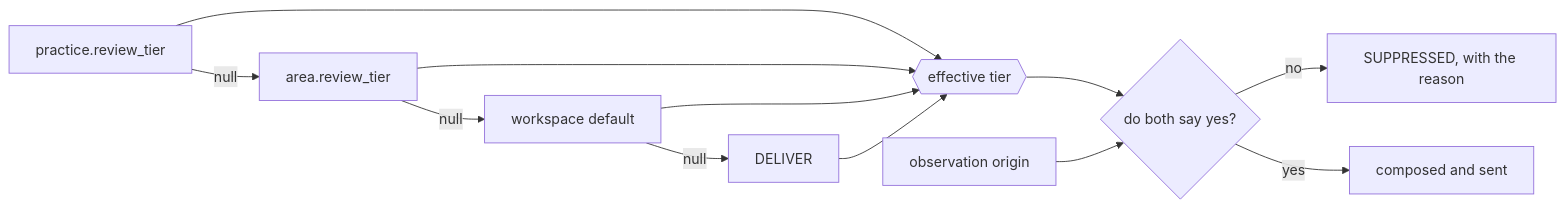
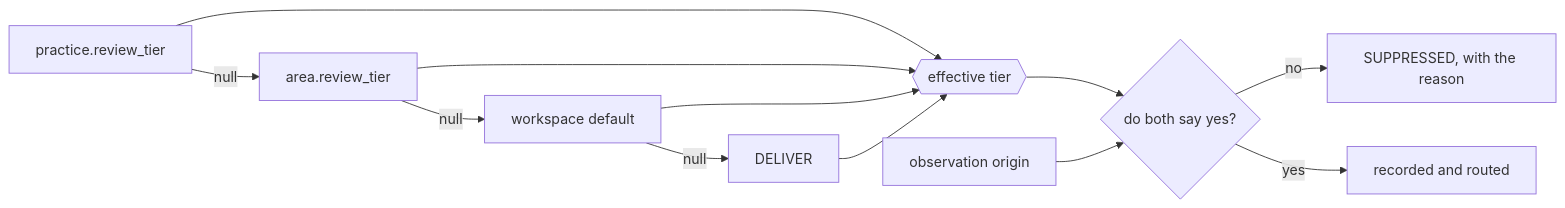
The fourth of 5 diagrams in docs/contributor/practice-review-pipeline.mdx (ls1intum/Hephaestus), drawn with Mermaid before and after one commit. The commit also changed other lines of this file and 9 other files, not shown here.

````diff
--- a/docs/contributor/practice-review-pipeline.mdx
+++ b/docs/contributor/practice-review-pipeline.mdx
@@ -457,14 +448,14 @@
 ```mermaid
 flowchart LR
     P["practice.review_tier"] -->|null| A["area.review_tier"]
     A -->|null| W["workspace default"]
     W -->|null| D["DELIVER"]
     P --> T{{"effective tier"}}
     A --> T
     W --> T
     D --> T
     T --> AND{"do both say yes?"}
     O["observation origin"] --> AND
     AND -->|no| Q["SUPPRESSED, with the reason"]
-    AND -->|yes| S["composed and sent"]
+    AND -->|yes| S["recorded and routed"]
 ```
````
